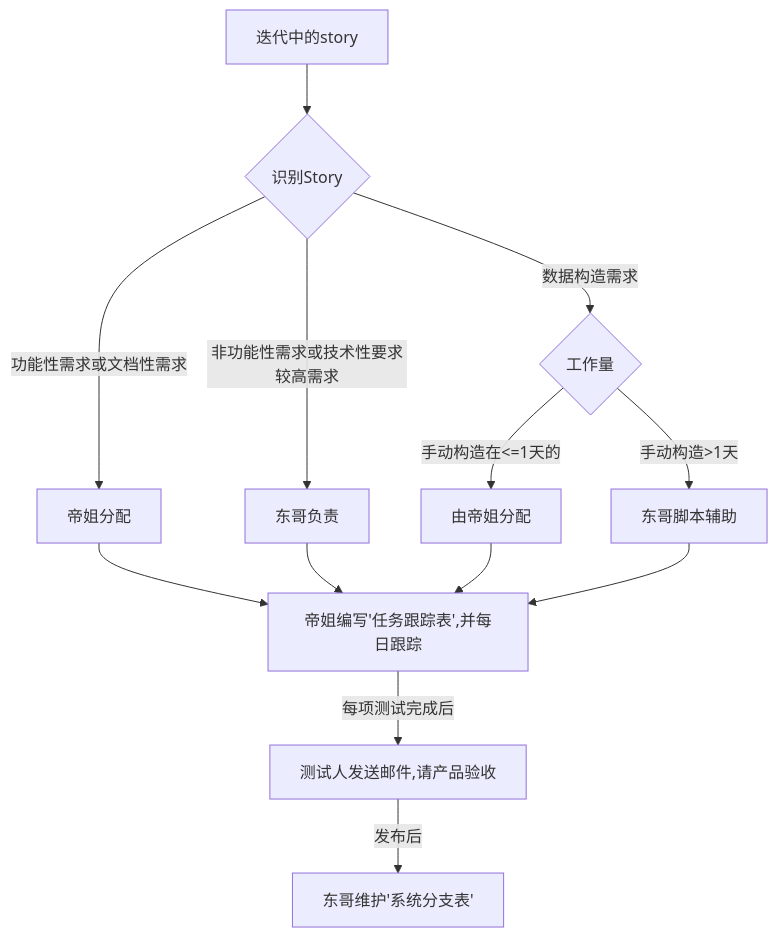
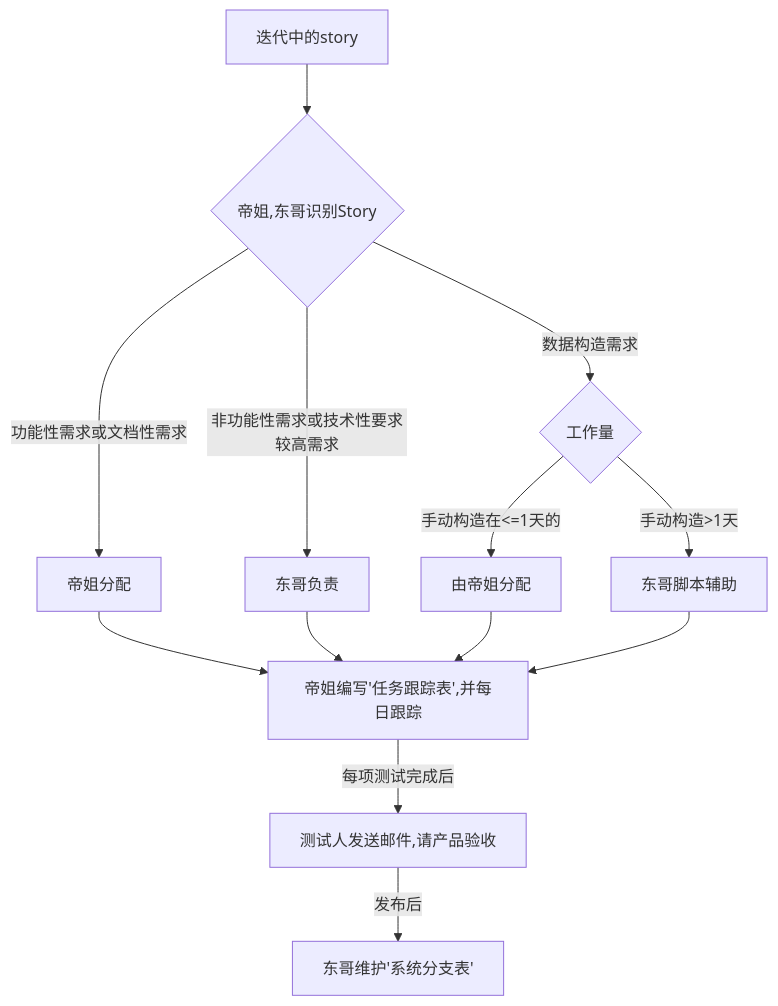
Before and after one commit to thcpc/eclinical_knowledge_lib: the first of 2 diagrams in 知识库/SOP/测试团队工作流程.md, drawn with Mermaid. The commit also changed other lines of this file, not shown here.

````diff
--- a/知识库/SOP/测试团队工作流程.md
+++ b/知识库/SOP/测试团队工作流程.md
@@ -10,15 +10,15 @@
  ```mermaid
 graph TB
-A[迭代中的story]-->B{识别Story}
+A[迭代中的story]-->B{帝姐,东哥识别Story}
 B--功能性需求或文档性需求-->C[帝姐分配]
 B--非功能性需求或技术性要求较高需求-->D[东哥负责]
 B--数据构造需求-->E1{工作量}
 E1--手动构造在<=1天的-->E2[由帝姐分配]
 E1--手动构造>1天-->E3[东哥脚本辅助]
 C-->F[帝姐编写'任务跟踪表',并每日跟踪]
 D-->F
 E2-->F
 E3-->F
 F--每项测试完成后-->G[测试人发送邮件,请产品验收]
 G--发布后-->H[东哥维护'系统分支表']
 ```
````
